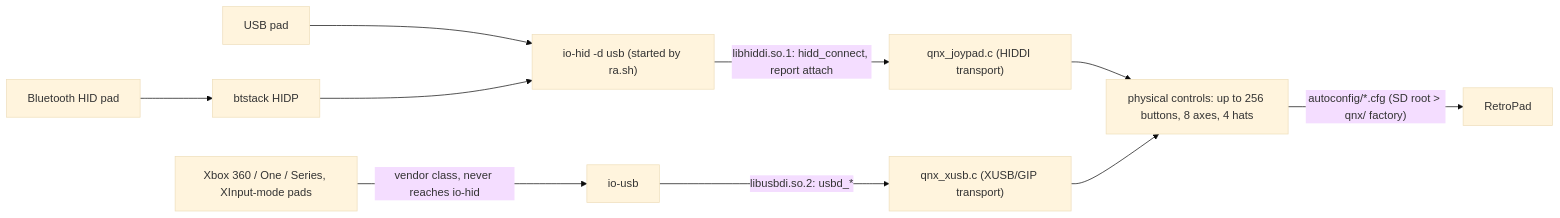
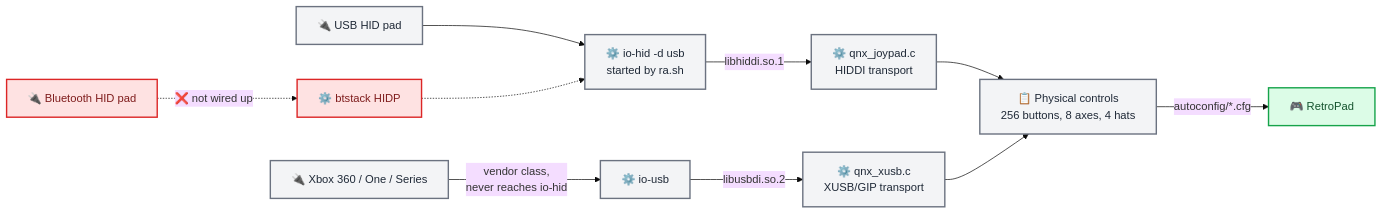
One commit to luka-dev/audi-mib2q-retroarch changed the diagram in docs/retroarch-qnx/native/input-hid-xusb.md. Above: the diagram before and after it, drawn with Mermaid (base theme). The commit also changed other lines of this file and 16 other files, not shown here.

First line of the commit message:
Docs: experimental framing, known issues, validated diagrams

````diff
--- a/docs/retroarch-qnx/native/input-hid-xusb.md
+++ b/docs/retroarch-qnx/native/input-hid-xusb.md
@@ -21,11 +21,23 @@
 ```mermaid
 flowchart LR
-    usb["USB pad"] --> iohid["io-hid -d usb (started by ra.sh)"]
-    bt["Bluetooth HID pad"] --> btstack["btstack HIDP"] --> iohid
-    iohid -->|"libhiddi.so.1: hidd_connect, report attach"| joy["qnx_joypad.c (HIDDI transport)"]
-    xbox["Xbox 360 / One / Series, XInput-mode pads"] -->|"vendor class, never reaches io-hid"| iousb["io-usb"]
-    iousb -->|"libusbdi.so.2: usbd_*"| xusb["qnx_xusb.c (XUSB/GIP transport)"]
-    joy --> phys["physical controls: up to 256 buttons, 8 axes, 4 hats"]
+    accTitle: Gamepad Transports To RetroPad
+    accDescr: USB HID pads reach the joypad driver through the session's own io-hid instance while Xbox vendor-class pads go through io-usb; the Bluetooth path exists in the firmware but is not wired up.
+
+    usb["🔌 USB HID pad"] --> iohid["⚙️ io-hid -d usb<br/>started by ra.sh"]
+    bt["🔌 Bluetooth HID pad"] -.->|"❌ not wired up"| btstack["⚙️ btstack HIDP"]
+    btstack -.-> iohid
+    iohid -->|"libhiddi.so.1"| joy["⚙️ qnx_joypad.c<br/>HIDDI transport"]
+    xbox["🔌 Xbox 360 / One / Series"] -->|"vendor class,<br/>never reaches io-hid"| iousb["⚙️ io-usb"]
+    iousb -->|"libusbdi.so.2"| xusb["⚙️ qnx_xusb.c<br/>XUSB/GIP transport"]
+    joy --> phys["📋 Physical controls<br/>256 buttons, 8 axes, 4 hats"]
     xusb --> phys
-    phys -->|"autoconfig/*.cfg (SD root > qnx/ factory)"| retropad["RetroPad"]
+    phys -->|"autoconfig/*.cfg"| retropad["🎮 RetroPad"]
+
+    classDef neutral fill:#f3f4f6,stroke:#6b7280,stroke-width:2px,color:#1f2937
+    classDef danger fill:#fee2e2,stroke:#dc2626,stroke-width:2px,color:#7f1d1d
+    classDef success fill:#dcfce7,stroke:#16a34a,stroke-width:2px,color:#14532d
+
+    class usb,xbox,iohid,iousb,joy,xusb,phys neutral
+    class bt,btstack danger
+    class retropad success
 ```
````
